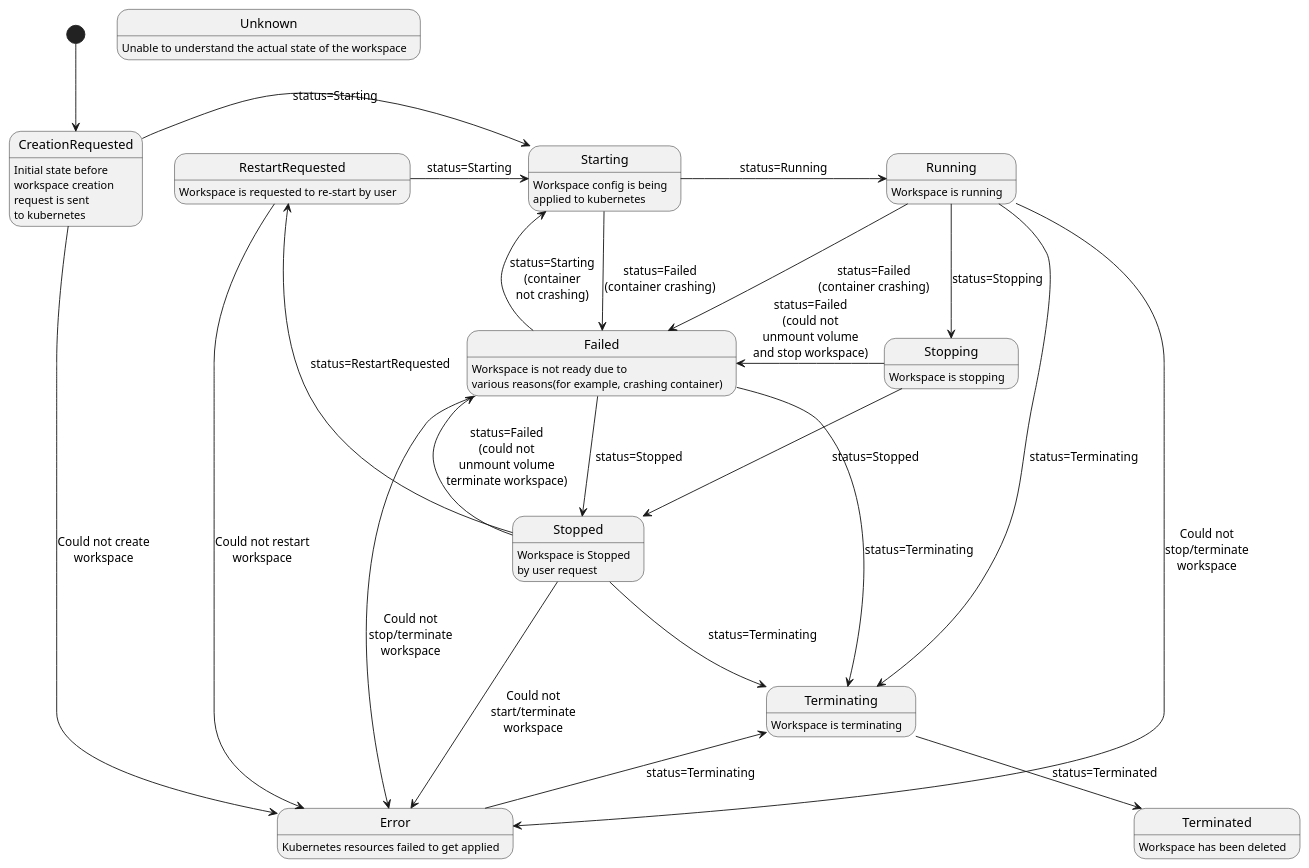
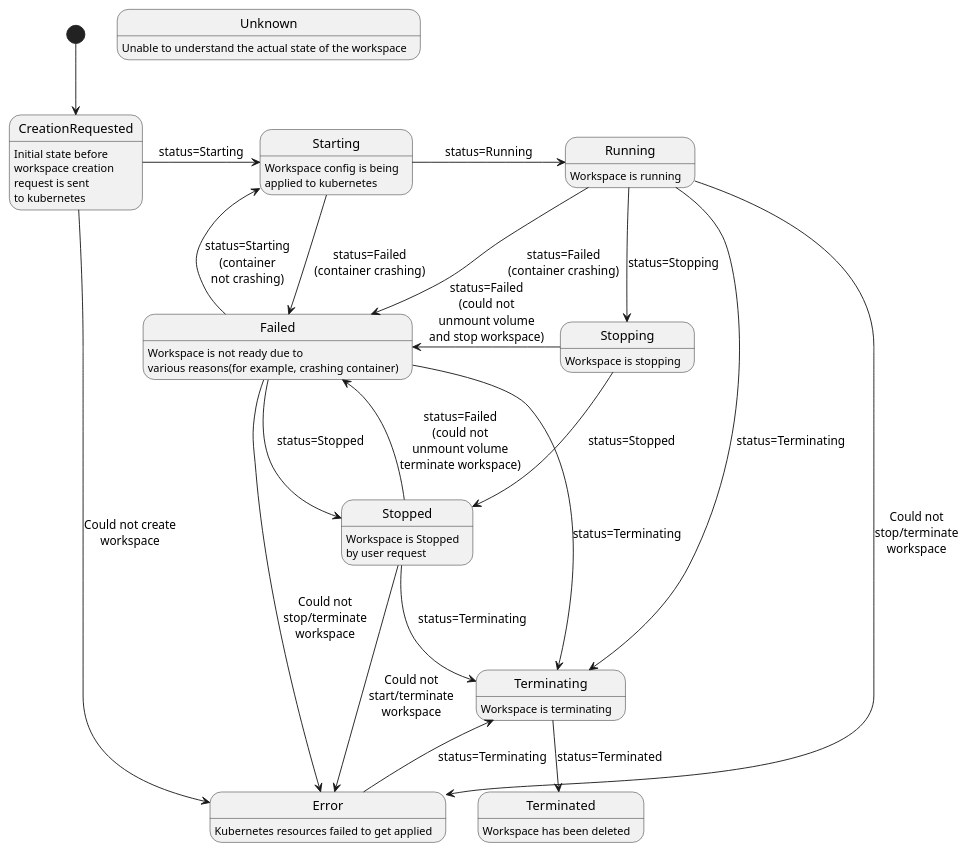
The seventh of 8 diagrams in content/handbook/engineering/architecture/design-documents/workspaces/architecture_kubernetes_setup.md (zalyoung/gitlab-handbook), drawn with PlantUML before and after one commit.

Commit message:
address comments

````diff
--- a/content/handbook/engineering/architecture/design-documents/workspaces/architecture_kubernetes_setup.md
+++ b/content/handbook/engineering/architecture/design-documents/workspaces/architecture_kubernetes_setup.md
@@ -351,46 +351,41 @@
 ```plantuml
 [*] --> CreationRequested
 CreationRequested : Initial state before\nworkspace creation\nrequest is sent\nto kubernetes
 CreationRequested -right-> Starting : status=Starting
 CreationRequested -right-> Error : Could not create\nworkspace
 
 Starting : Workspace config is being\napplied to kubernetes
 Starting -right-> Running : status=Running
 Starting -down-> Failed : status=Failed\n(container crashing)
-
-RestartRequested : Workspace is requested to re-start by user
-RestartRequested -right-> Starting : status=Starting
-RestartRequested -right-> Error : Could not restart\nworkspace
 
 Running : Workspace is running
 Running -down-> Stopping : status=Stopping
 Running -down-> Failed : status=Failed\n(container crashing)
 Running -down-> Terminating : status=Terminating
 Running -right-> Error : Could not\nstop/terminate\nworkspace
 
 Stopping : Workspace is stopping
 Stopping -down-> Stopped : status=Stopped
 Stopping -left-> Failed : status=Failed\n(could not\nunmount volume\nand stop workspace)
 
 Stopped : Workspace is Stopped\nby user request
 Stopped -left-> Failed : status=Failed\n(could not\nunmount volume\nterminate workspace)
 Stopped -right-> Error : Could not\nstart/terminate\nworkspace
 Stopped -down-> Terminating : status=Terminating
-Stopped -up-> RestartRequested : status=RestartRequested
 
 Terminating : Workspace is terminating
 Terminating -down-> Terminated : status=Terminated
 
 Terminated: Workspace has been deleted
 
 Failed: Workspace is not ready due to\nvarious reasons(for example, crashing container)
 Failed -up-> Starting : status=Starting\n(container\nnot crashing)
 Failed -right-> Stopped : status=Stopped
 Failed -down-> Terminating : status=Terminating
 Failed -down-> Error : Could not\nstop/terminate\nworkspace
 
 Error: Kubernetes resources failed to get applied
 Error -up-> Terminating : status=Terminating
 
 Unknown: Unable to understand the actual state of the workspace
 ```
````
